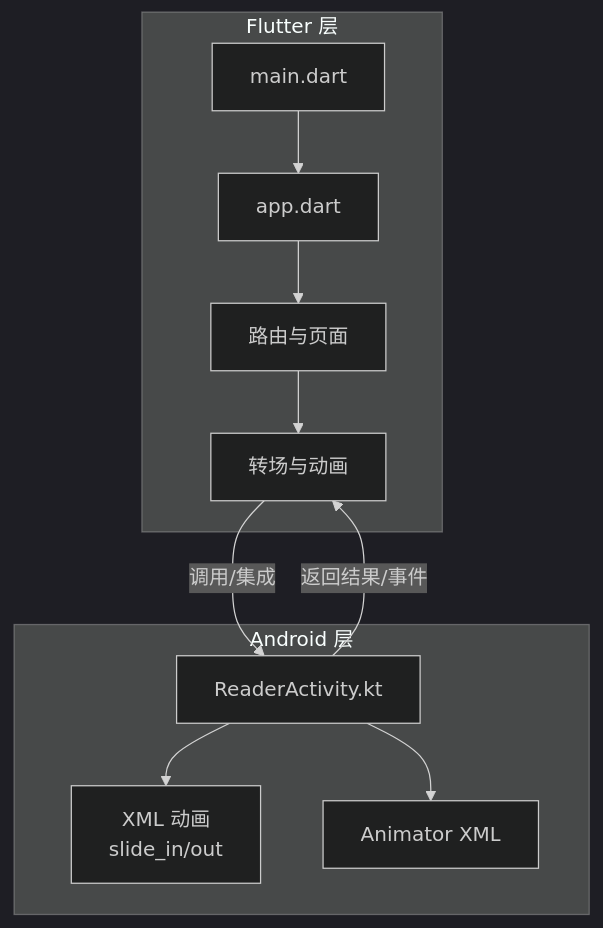
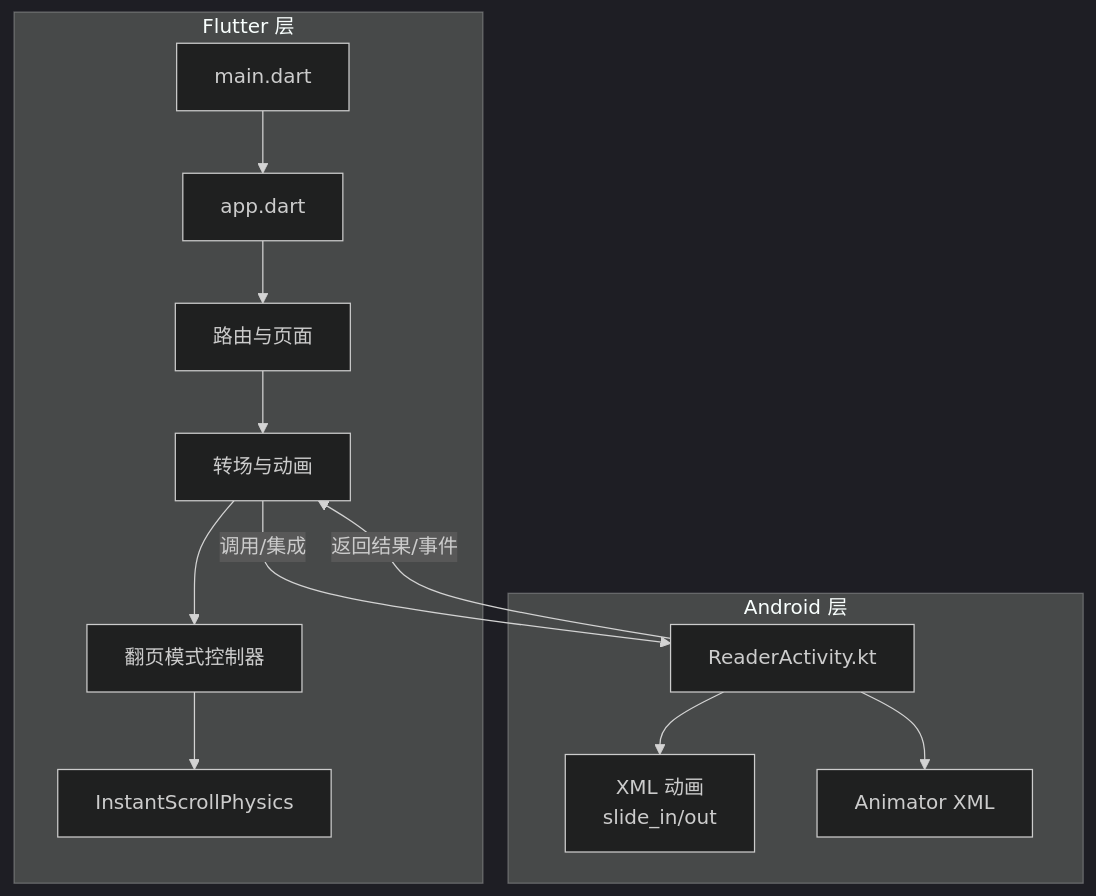
One commit to ZhangGHGitHub/LegadoTeamFlutter changed the first of 4 diagrams in .qoder/repowiki/zh/content/Flutter跨平台应用/UI组件系统/动画和过渡效果.md. Above: the diagram before and after it, drawn with Mermaid (dark theme). The commit also changed other lines of this file and 660 other files, not shown here.

````diff
--- a/.qoder/repowiki/zh/content/Flutter跨平台应用/UI组件系统/动画和过渡效果.md
+++ b/.qoder/repowiki/zh/content/Flutter跨平台应用/UI组件系统/动画和过渡效果.md
@@ -40,14 +48,16 @@
 ```mermaid
 graph TB
 subgraph "Flutter 层"
 M["main.dart"] --> A["app.dart"]
 A --> R["路由与页面"]
 R --> T["转场与动画"]
+T --> FM["翻页模式控制器"]
+FM --> IM["InstantScrollPhysics"]
 end
 subgraph "Android 层"
 RA["ReaderActivity.kt"] --> ANIM["XML 动画<br/>slide_in/out"]
 RA --> ANM["Animator XML"]
 end
 T --> |调用/集成| RA
 RA --> |返回结果/事件| T
 ```
````
